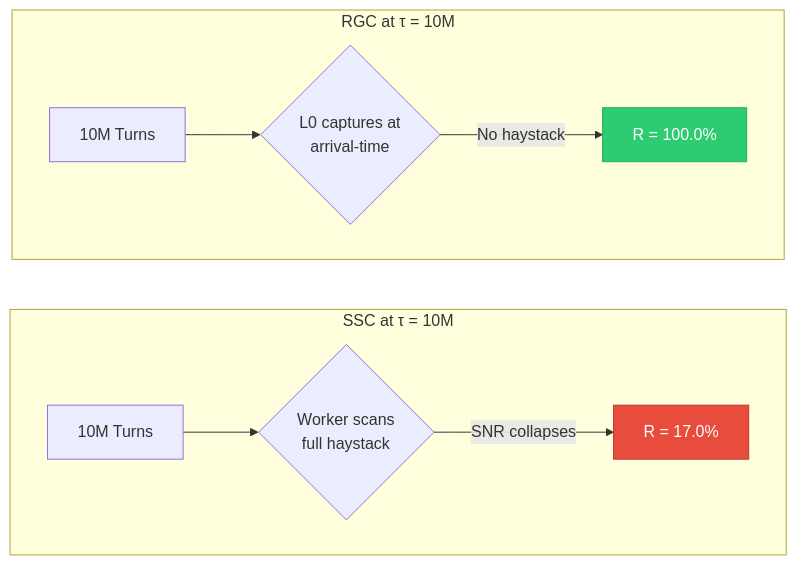
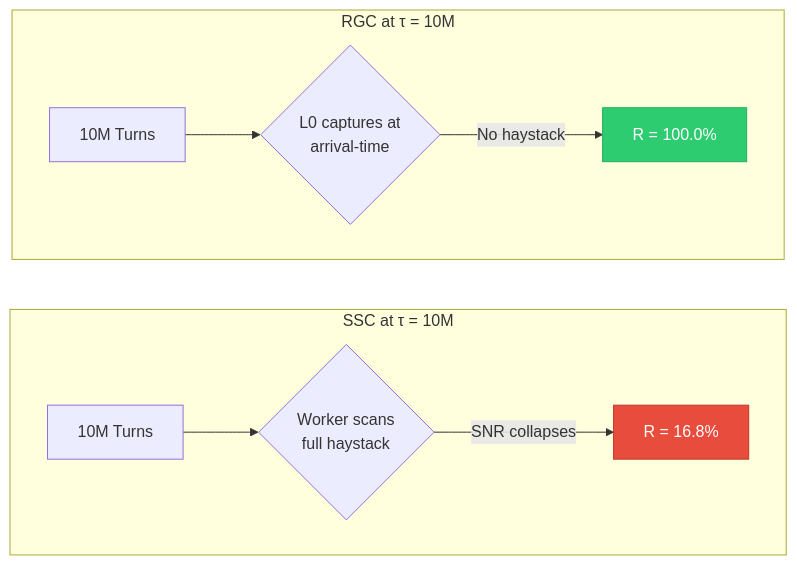
One commit to akashagl92/agentic-memory-scaling changed the second of 3 diagrams in paper/paper_memory_consolidation_apa.md. Above: the diagram before and after it, drawn with Mermaid. The commit also changed other lines of this file and 1 other file, not shown here.

````diff
--- a/paper/paper_memory_consolidation_apa.md
+++ b/paper/paper_memory_consolidation_apa.md
@@ -234,17 +252,17 @@
 ```mermaid
 graph LR
     subgraph "SSC at τ = 10M"
         direction LR
         S1["10M Turns"] --> S2{"Worker scans<br/>full haystack"}
-        S2 -->|"SNR collapses"| S3["R = 17.0%"]
+        S2 -->|"SNR collapses"| S3["R = 16.8%"]
     end
 
     subgraph "RGC at τ = 10M"
         direction LR
         R1["10M Turns"] --> R2{"L0 captures at<br/>arrival-time"}
         R2 -->|"No haystack"| R3["R = 100.0%"]
     end
 
     style S3 fill:#e74c3c,stroke:#c0392b,color:#fff
     style R3 fill:#2ecc71,stroke:#27ae60,color:#fff
 ```
````
